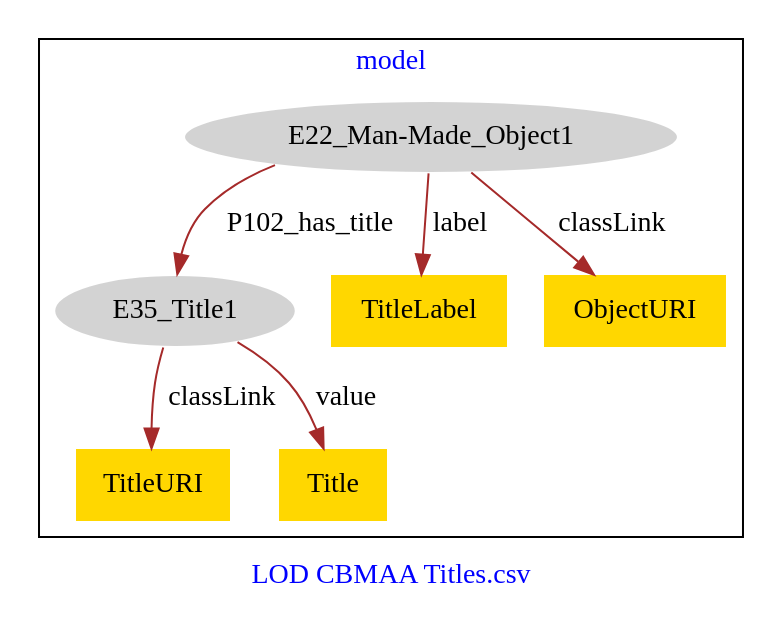
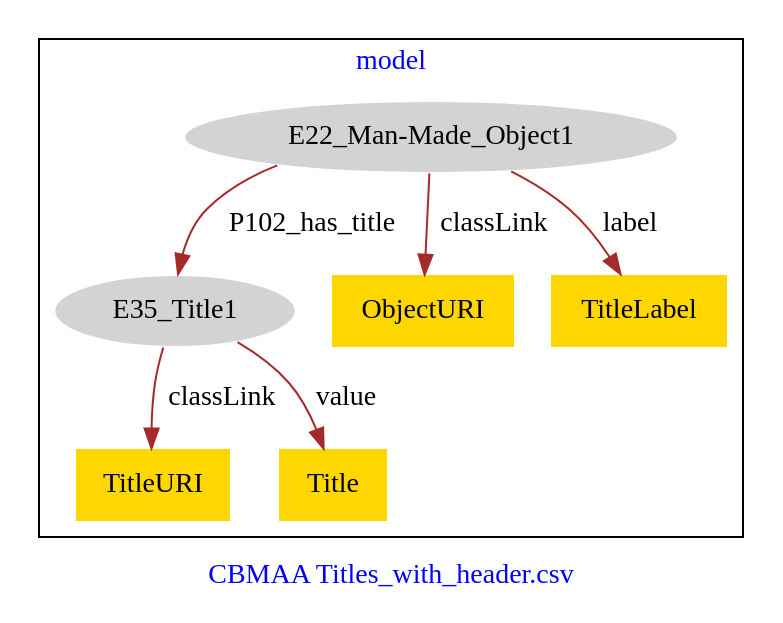
Before and after one commit to american-art/cbm: the diagram in CBMAA_UnknownTitles/CBMAA_UnknownTitles-model.dot, drawn with Graphviz.

Commit message:
Update file CBMAA_UnknownTitles-model.dot

```diff
--- a/CBMAA_UnknownTitles/CBMAA_UnknownTitles-model.dot
+++ b/CBMAA_UnknownTitles/CBMAA_UnknownTitles-model.dot
@@ -1,19 +1,19 @@
 digraph n0 {
 fontcolor="blue"
 remincross="true"
-label="LOD CBMAA Titles.csv"
+label="CBMAA Titles_with_header.csv"
 subgraph cluster {
 label="model"
 n2[style="filled",color="white",fillcolor="lightgray",label="E22_Man-Made_Object1"];
 n3[style="filled",color="white",fillcolor="lightgray",label="E35_Title1"];
-n4[shape="plaintext",style="filled",fillcolor="gold",label="TitleLabel"];
-n5[shape="plaintext",style="filled",fillcolor="gold",label="TitleURI"];
-n6[shape="plaintext",style="filled",fillcolor="gold",label="ObjectURI"];
+n4[shape="plaintext",style="filled",fillcolor="gold",label="TitleURI"];
+n5[shape="plaintext",style="filled",fillcolor="gold",label="ObjectURI"];
+n6[shape="plaintext",style="filled",fillcolor="gold",label="TitleLabel"];
 n7[shape="plaintext",style="filled",fillcolor="gold",label="Title"];
 }
 n2 -> n3[color="brown",fontcolor="black",label="P102_has_title"]
-n2 -> n4[color="brown",fontcolor="black",label="label"]
-n3 -> n5[color="brown",fontcolor="black",label="classLink"]
-n2 -> n6[color="brown",fontcolor="black",label="classLink"]
+n3 -> n4[color="brown",fontcolor="black",label="classLink"]
+n2 -> n5[color="brown",fontcolor="black",label="classLink"]
+n2 -> n6[color="brown",fontcolor="black",label="label"]
 n3 -> n7[color="brown",fontcolor="black",label="value"]
 }
```
